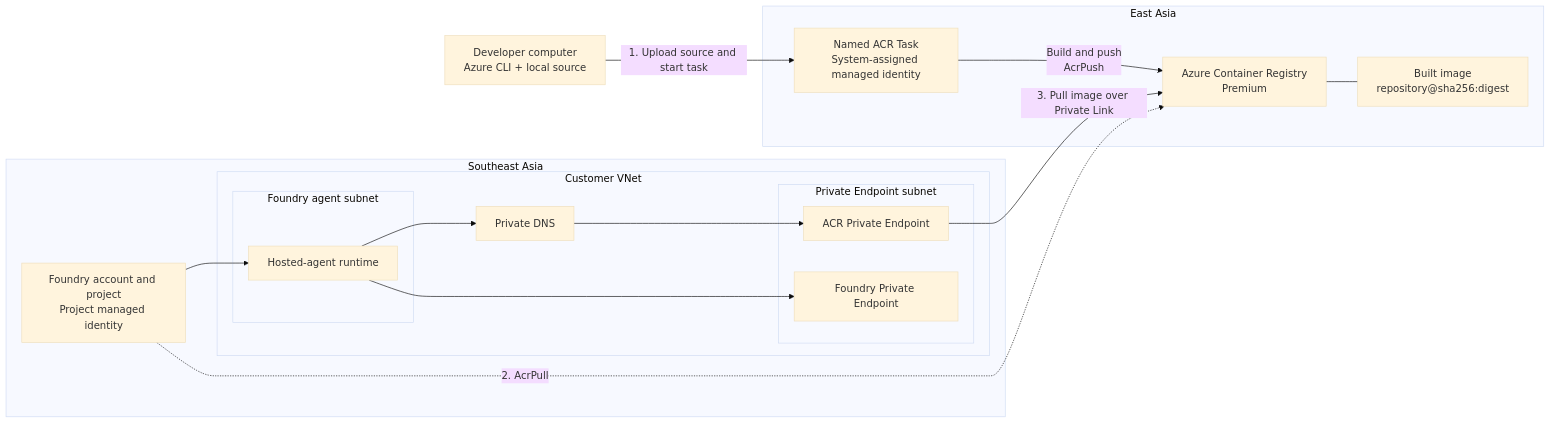
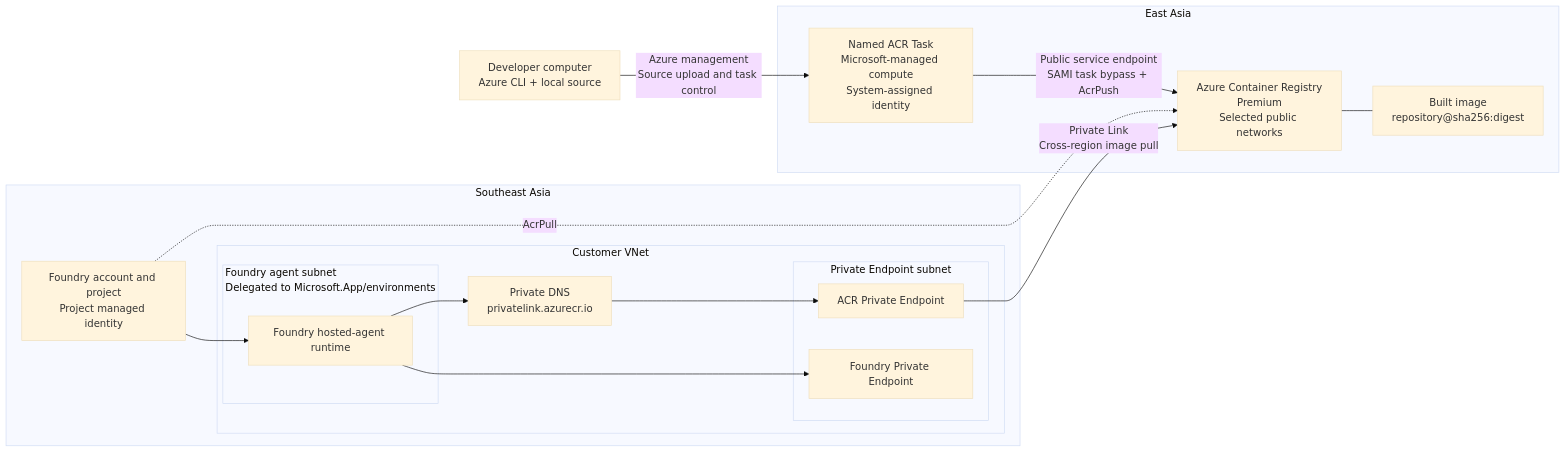
One commit to yimkwokwoon/acr-crossregion-pull-drill changed the first of 2 diagrams in README.md. Above: the diagram before and after it, drawn with Mermaid (base theme). The commit also changed other lines of this file, not shown here.

Commit message:
docs: reorder end-to-end configuration flow

````diff
--- a/README.md
+++ b/README.md
@@ -24,37 +26,38 @@
 ```mermaid
 flowchart LR
     DEV["Developer computer<br/>Azure CLI + local source"]
 
     subgraph EA["East Asia"]
-        TASK["Named ACR Task<br/>System-assigned managed identity"]
-        ACR["Azure Container Registry<br/>Premium"]
+        TASK["Named ACR Task<br/>Microsoft-managed compute<br/>System-assigned identity"]
+        ACR["Azure Container Registry<br/>Premium<br/>Selected public networks"]
         IMAGE["Built image<br/>repository@sha256:digest"]
-        TASK -->|"Build and push<br/>AcrPush"| ACR
+
+        TASK -->|"Public service endpoint<br/>SAMI task bypass + AcrPush"| ACR
         ACR --- IMAGE
     end
 
     subgraph SEA["Southeast Asia"]
         subgraph VNET["Customer VNet"]
-            subgraph AGENTSUBNET["Foundry agent subnet"]
-                RUNTIME["Hosted-agent runtime"]
+            subgraph AGENTSUBNET["Foundry agent subnet<br/>Delegated to Microsoft.App/environments"]
+                RUNTIME["Foundry hosted-agent runtime"]
             end
 
             subgraph PESUBNET["Private Endpoint subnet"]
                 ACRPE["ACR Private Endpoint"]
                 FOUNDRYPE["Foundry Private Endpoint"]
             end
 
-            DNS["Private DNS"]
+            DNS["Private DNS<br/>privatelink.azurecr.io"]
         end
 
         PROJECT["Foundry account and project<br/>Project managed identity"]
     end
 
-    DEV -->|"1. Upload source and start task"| TASK
+    DEV -->|"Azure management<br/>Source upload and task control"| TASK
     PROJECT --> RUNTIME
+    PROJECT -. "AcrPull" .-> ACR
     RUNTIME --> DNS
     DNS --> ACRPE
-    ACRPE -->|"3. Pull image over Private Link"| ACR
+    ACRPE -->|"Private Link<br/>Cross-region image pull"| ACR
     RUNTIME --> FOUNDRYPE
-    PROJECT -. "2. AcrPull" .-> ACR
 ```
````
